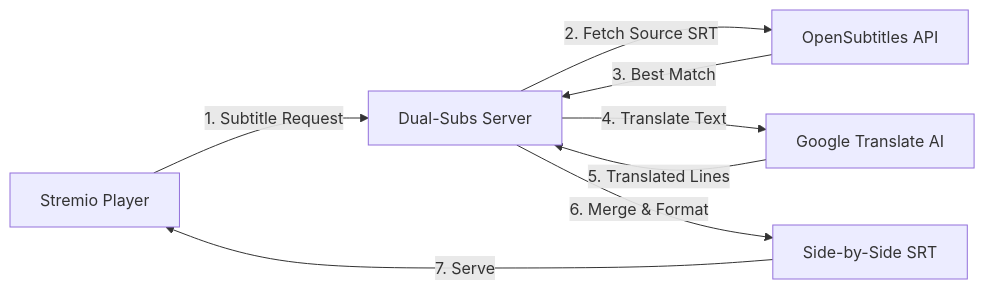
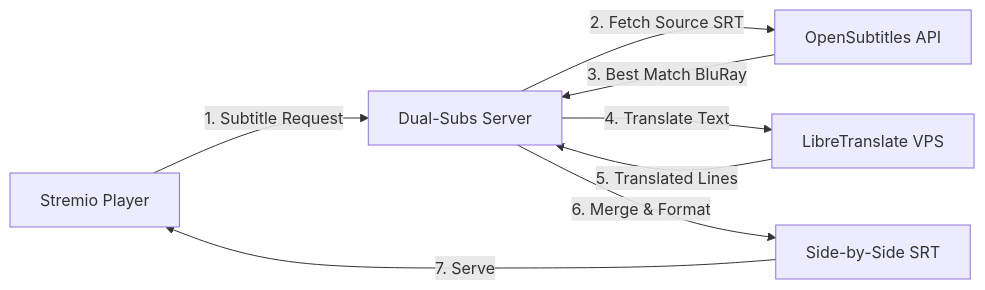
The diagram in README.md (blackcat112/dual-subtitles-stremio-addon), drawn with Mermaid before and after one commit. The commit also changed other lines of this file and 2 other files, not shown here.

First line of the commit message:
docs: professional cleanup and LibreTranslate-only documentation

````diff
--- a/README.md
+++ b/README.md
@@ -65,10 +66,10 @@
 ```mermaid
 graph LR
     A[Stremio Player] -->|1. Subtitle Request| B[Dual-Subs Server]
     B -->|2. Fetch Source SRT| C[OpenSubtitles API]
-    C -->|3. Best Match| B
-    B -->|4. Translate Text| D[Google Translate AI]
+    C -->|3. Best Match BluRay| B
+    B -->|4. Translate Text| D[LibreTranslate VPS]
     D -->|5. Translated Lines| B
     B -->|6. Merge & Format| E[Side-by-Side SRT]
     E -->|7. Serve| A
 ```
````
